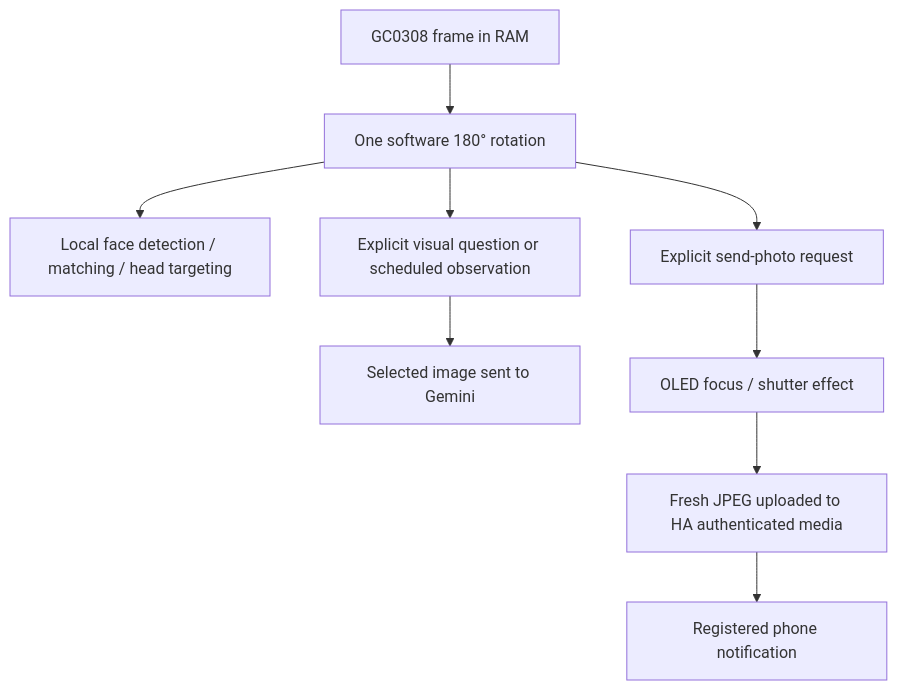
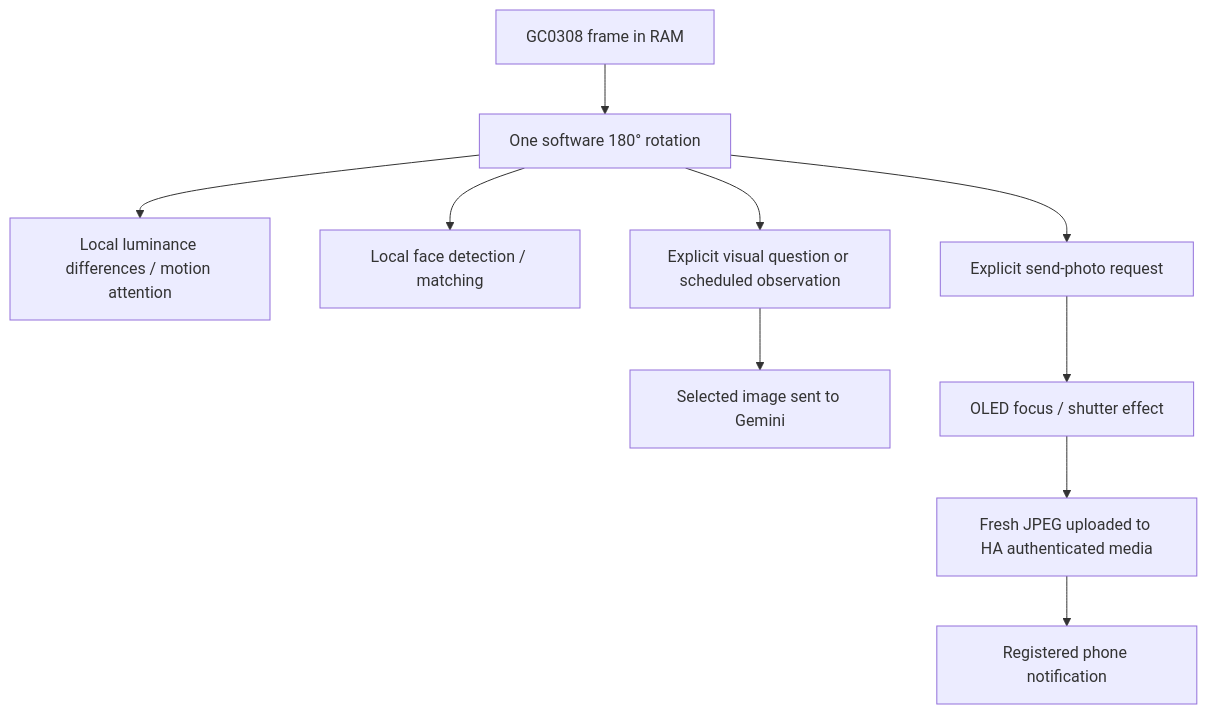
One commit to ersan-oz/jamiryo-desktop-buddy changed the second of 2 diagrams in docs/architecture.md. Above: the diagram before and after it, drawn with Mermaid. The commit also changed other lines of this file and 5 other files, not shown here.

Commit message:
Document local motion attention and current usage

````diff
--- a/docs/architecture.md
+++ b/docs/architecture.md
@@ -55,11 +57,12 @@
 ```mermaid
 flowchart TD
     Camera[GC0308 frame in RAM] --> Rotate[One software 180° rotation]
-    Rotate --> Local[Local face detection / matching / head targeting]
+    Rotate --> Motion[Local luminance differences / motion attention]
+    Rotate --> Local[Local face detection / matching]
     Rotate --> Vision[Explicit visual question or scheduled observation]
     Vision --> Gemini[Selected image sent to Gemini]
     Rotate --> Photo[Explicit send-photo request]
     Photo --> Effect[OLED focus / shutter effect]
     Effect --> HA[Fresh JPEG uploaded to HA authenticated media]
     HA --> Notify[Registered phone notification]
 ```
````
